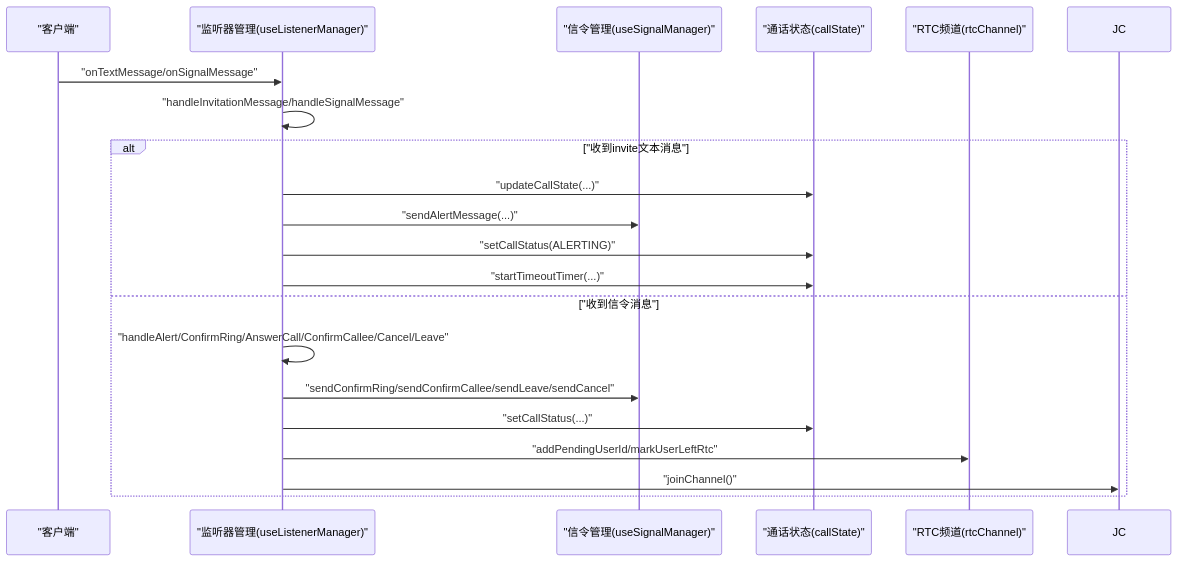
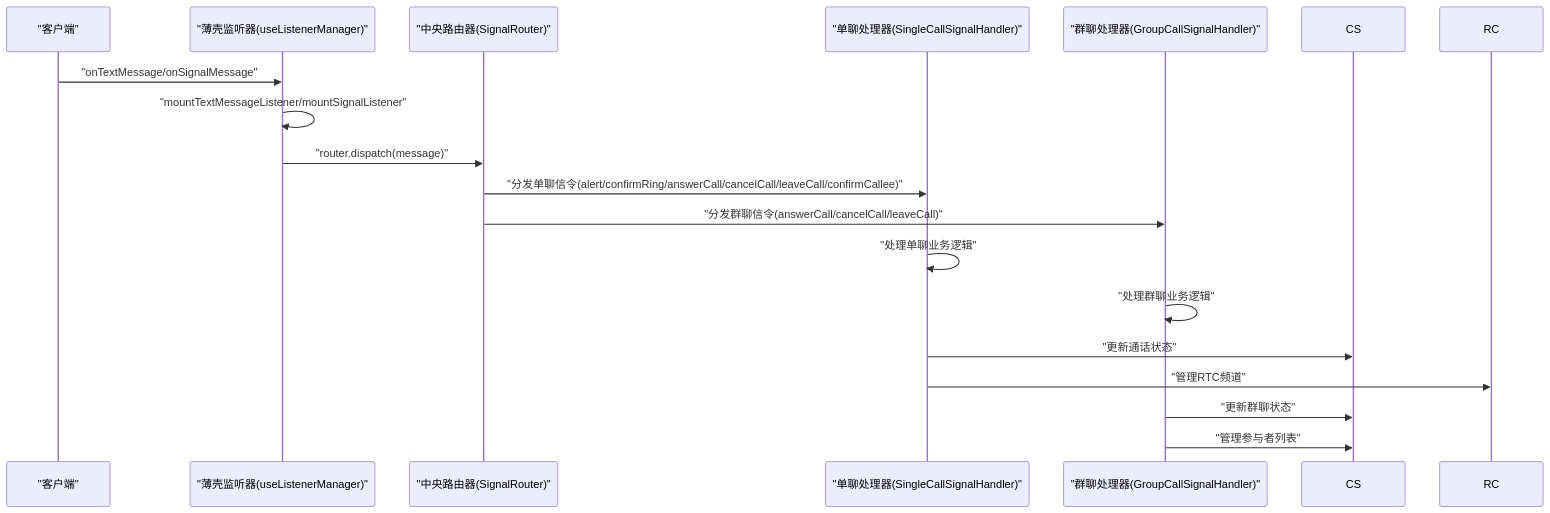
One commit to Easemob-Community/easemob-uikit-callkit-vue3 changed the second of 5 diagrams in .qoder/repowiki/zh/content/高级功能/信令实现机制/监听器管理.md. Above: the diagram before and after it, drawn with Mermaid. The commit also changed other lines of this file and 54 other files, not shown here.

````diff
--- a/.qoder/repowiki/zh/content/高级功能/信令实现机制/监听器管理.md
+++ b/.qoder/repowiki/zh/content/高级功能/信令实现机制/监听器管理.md
@@ -102,22 +104,19 @@
 ```mermaid
 sequenceDiagram
 participant Client as "客户端"
-participant LM as "监听器管理(useListenerManager)"
-participant SM as "信令管理(useSignalManager)"
-participant CS as "通话状态(callState)"
-participant RC as "RTC频道(rtcChannel)"
+participant LM as "薄壳监听器(useListenerManager)"
+participant SR as "中央路由器(SignalRouter)"
+participant SCH as "单聊处理器(SingleCallSignalHandler)"
+participant GCH as "群聊处理器(GroupCallSignalHandler)"
 Client->>LM : "onTextMessage/onSignalMessage"
-LM->>LM : "handleInvitationMessage/handleSignalMessage"
-alt "收到invite文本消息"
-LM->>CS : "updateCallState(...)"
-LM->>SM : "sendAlertMessage(...)"
-LM->>CS : "setCallStatus(ALERTING)"
-LM->>CS : "startTimeoutTimer(...)"
-else "收到信令消息"
-LM->>LM : "handleAlert/ConfirmRing/AnswerCall/ConfirmCallee/Cancel/Leave"
-LM->>SM : "sendConfirmRing/sendConfirmCallee/sendLeave/sendCancel"
-LM->>CS : "setCallStatus(...)"
-LM->>RC : "addPendingUserId/markUserLeftRtc"
-LM->>JC : "joinChannel()"
-end
+LM->>LM : "mountTextMessageListener/mountSignalListener"
+LM->>SR : "router.dispatch(message)"
+SR->>SCH : "分发单聊信令(alert/confirmRing/answerCall/cancelCall/leaveCall/confirmCallee)"
+SR->>GCH : "分发群聊信令(answerCall/cancelCall/leaveCall)"
+SCH->>SCH : "处理单聊业务逻辑"
+GCH->>GCH : "处理群聊业务逻辑"
+SCH->>CS : "更新通话状态"
+SCH->>RC : "管理RTC频道"
+GCH->>CS : "更新群聊状态"
+GCH->>CS : "管理参与者列表"
 ```
````
